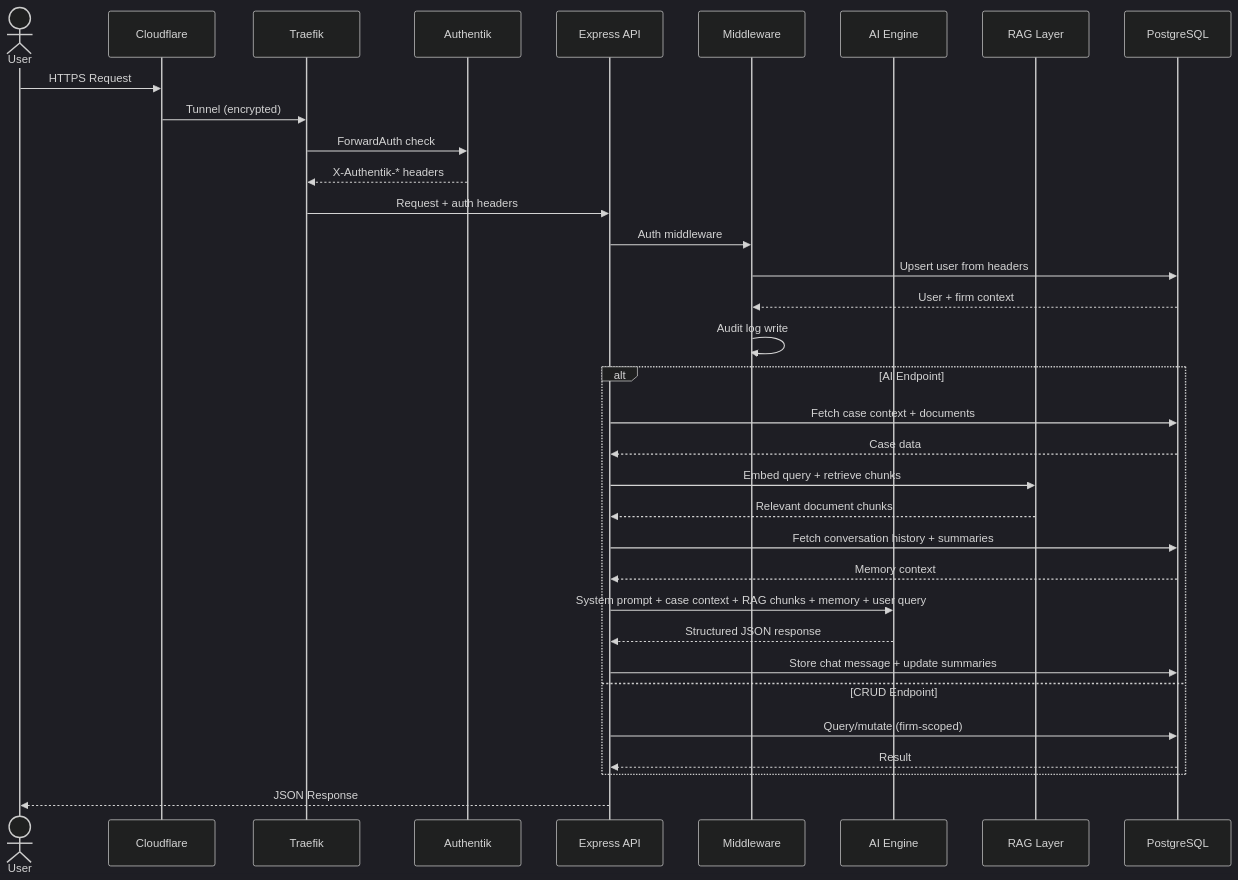
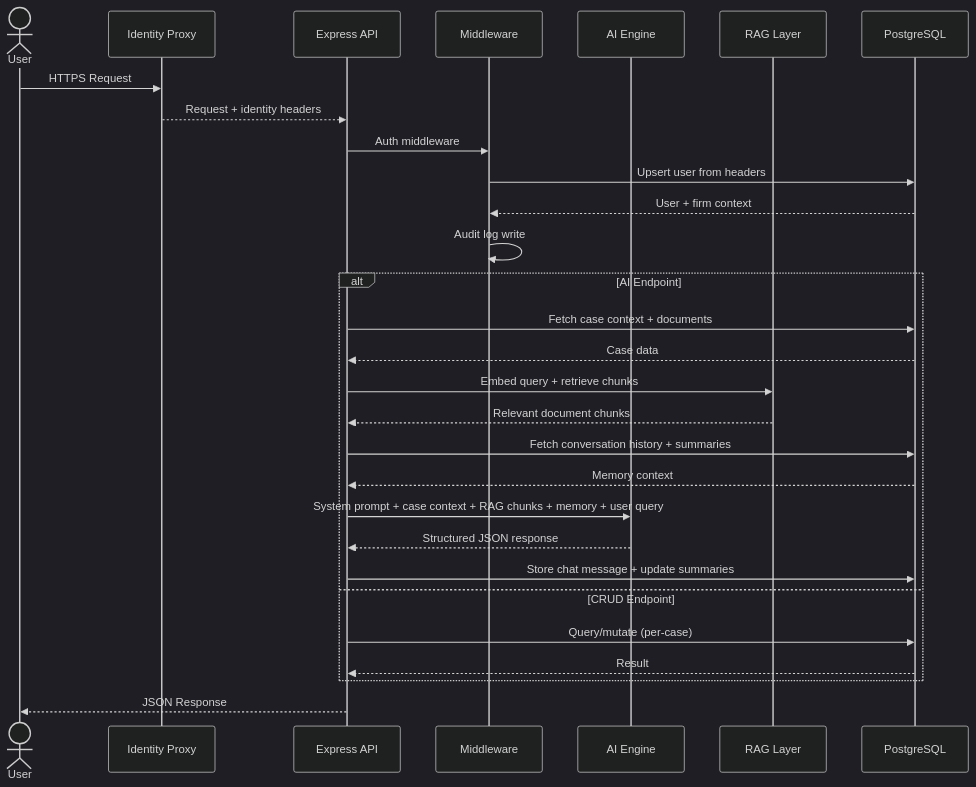
The eighth of 11 diagrams in ARCHITECTURE.md (EolaFam1828/AetherLegalIntelligence), drawn with Mermaid (dark theme) before and after one commit. The commit also changed other lines of this file and 4 other files, not shown here.

````diff
--- a/ARCHITECTURE.md
+++ b/ARCHITECTURE.md
@@ -413,40 +410,35 @@
 ```mermaid
 sequenceDiagram
     actor User
-    participant CF as Cloudflare
-    participant TF as Traefik
-    participant AK as Authentik
+    participant AK as Identity Proxy
     participant API as Express API
     participant MW as Middleware
     participant LLM as AI Engine
     participant RAG as RAG Layer
     participant DB as PostgreSQL
 
-    User->>CF: HTTPS Request
-    CF->>TF: Tunnel (encrypted)
-    TF->>AK: ForwardAuth check
-    AK-->>TF: X-Authentik-* headers
-    TF->>API: Request + auth headers
+    User->>AK: HTTPS Request
+    AK-->>API: Request + identity headers
 
     API->>MW: Auth middleware
     MW->>DB: Upsert user from headers
     DB-->>MW: User + firm context
     MW->>MW: Audit log write
 
     alt AI Endpoint
         API->>DB: Fetch case context + documents
         DB-->>API: Case data
         API->>RAG: Embed query + retrieve chunks
         RAG-->>API: Relevant document chunks
         API->>DB: Fetch conversation history + summaries
         DB-->>API: Memory context
         API->>LLM: System prompt + case context + RAG chunks + memory + user query
         LLM-->>API: Structured JSON response
         API->>DB: Store chat message + update summaries
     else CRUD Endpoint
-        API->>DB: Query/mutate (firm-scoped)
+        API->>DB: Query/mutate (per-case)
         DB-->>API: Result
     end
 
     API-->>User: JSON Response
 ```
````
